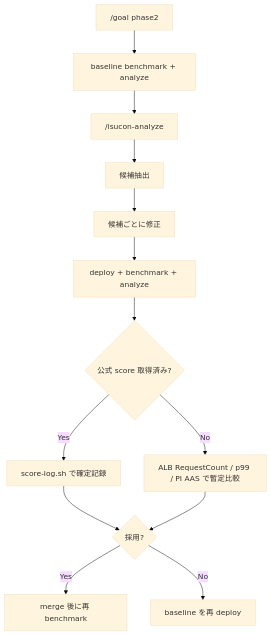
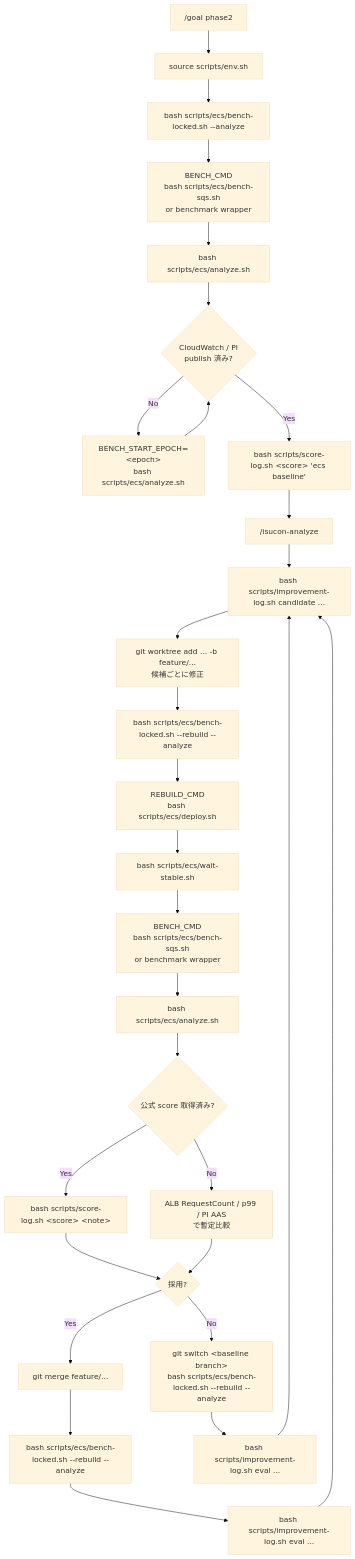
One commit to TomonariH/isucon changed the diagram in README.md. Above: the diagram before and after it, drawn with Mermaid (base theme).

Commit message:
Detail ECS phase2 shell flow

````diff
--- a/README.md
+++ b/README.md
@@ -283,15 +283,31 @@
 ```mermaid
 flowchart TD
-  A["/goal phase2"] --> B["baseline benchmark + analyze"]
-  B --> C["/isucon-analyze"]
-  C --> D["候補抽出"]
-  D --> E["候補ごとに修正"]
-  E --> F["deploy + benchmark + analyze"]
-  F --> G{"公式 score 取得済み?"}
-  G -- "Yes" --> H["score-log.sh で確定記録"]
-  G -- "No" --> I["ALB RequestCount / p99 / PI AAS で暫定比較"]
-  H --> J{"採用?"}
-  I --> J
-  J -- "Yes" --> K["merge 後に再 benchmark"]
-  J -- "No" --> L["baseline を再 deploy"]
+  A["/goal phase2"] --> B["source scripts/env.sh"]
+  B --> C["bash scripts/ecs/bench-locked.sh --analyze"]
+  C --> D["BENCH_CMD<br/>bash scripts/ecs/bench-sqs.sh<br/>or benchmark wrapper"]
+  D --> E["bash scripts/ecs/analyze.sh"]
+  E --> F{"CloudWatch / PI<br/>publish 済み?"}
+  F -- "No" --> G["BENCH_START_EPOCH=&lt;epoch&gt;<br/>bash scripts/ecs/analyze.sh"]
+  G --> F
+  F -- "Yes" --> H["bash scripts/score-log.sh &lt;score&gt; 'ecs baseline'"]
+  H --> I["/isucon-analyze"]
+  I --> J["bash scripts/improvement-log.sh candidate ..."]
+  J --> K["git worktree add ... -b feature/...<br/>候補ごとに修正"]
+  K --> L["bash scripts/ecs/bench-locked.sh --rebuild --analyze"]
+  L --> M["REBUILD_CMD<br/>bash scripts/ecs/deploy.sh"]
+  M --> N["bash scripts/ecs/wait-stable.sh"]
+  N --> O["BENCH_CMD<br/>bash scripts/ecs/bench-sqs.sh<br/>or benchmark wrapper"]
+  O --> P["bash scripts/ecs/analyze.sh"]
+  P --> Q{"公式 score 取得済み?"}
+  Q -- "Yes" --> R["bash scripts/score-log.sh &lt;score&gt; &lt;note&gt;"]
+  Q -- "No" --> S["ALB RequestCount / p99 / PI AAS<br/>で暫定比較"]
+  R --> T{"採用?"}
+  S --> T
+  T -- "Yes" --> U["git merge feature/..."]
+  U --> V["bash scripts/ecs/bench-locked.sh --rebuild --analyze"]
+  V --> W["bash scripts/improvement-log.sh eval ..."]
+  T -- "No" --> X["git switch &lt;baseline branch&gt;<br/>bash scripts/ecs/bench-locked.sh --rebuild --analyze"]
+  X --> Y["bash scripts/improvement-log.sh eval ..."]
+  W --> J
+  Y --> J
 ```
````
